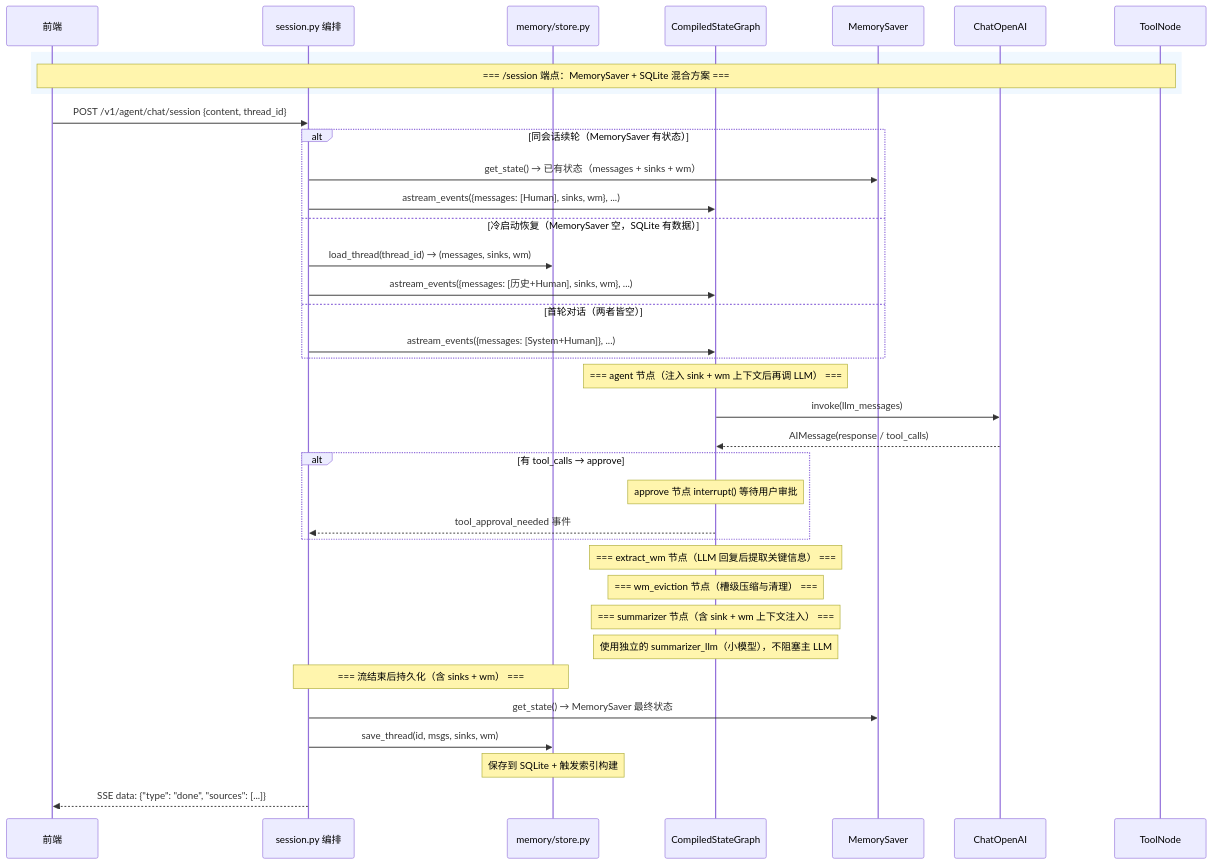
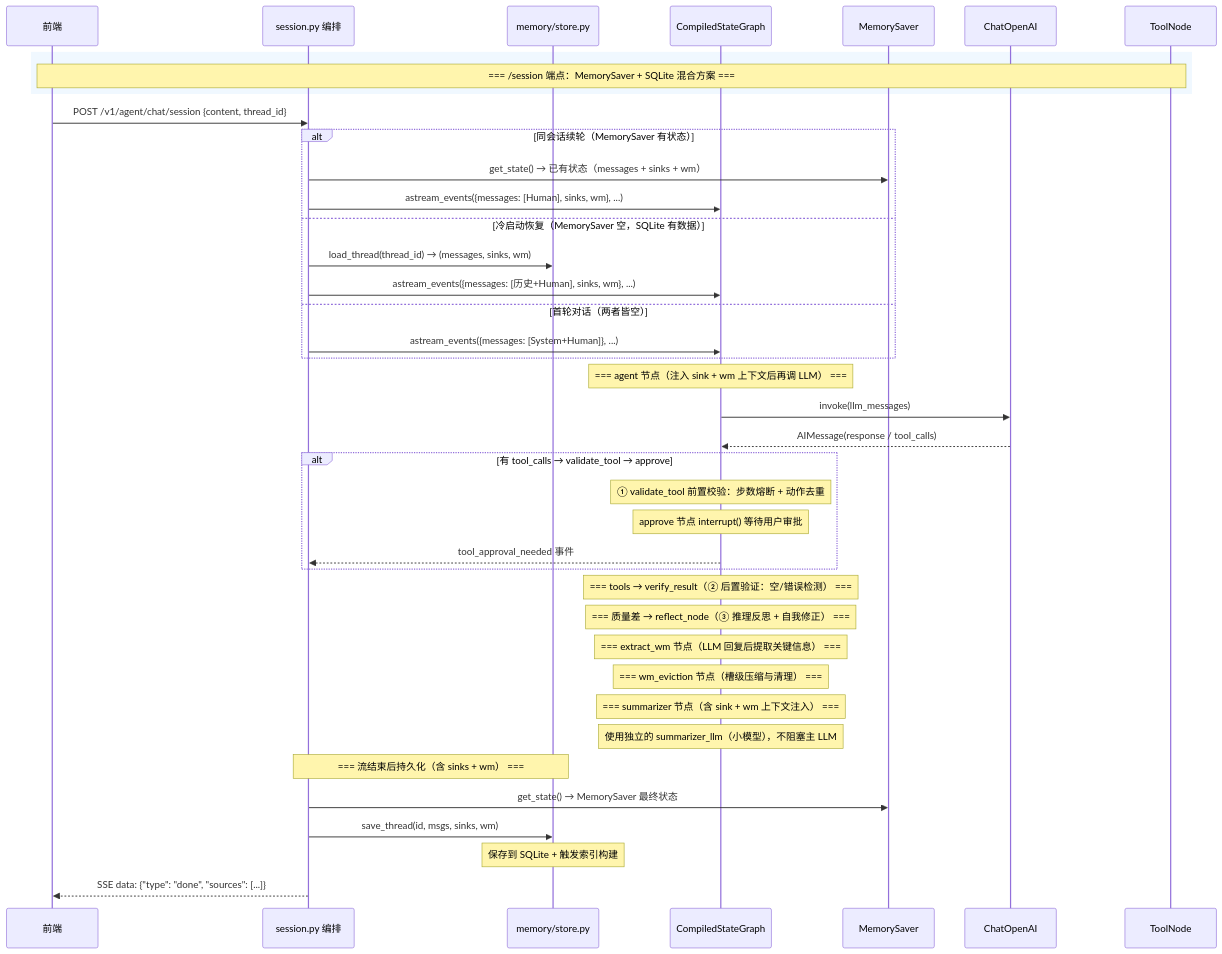
One commit to wuLa0702/llm_wiki_selfbuild changed the second of 8 diagrams in docs/agent-architecture-diagrams.md. Above: the diagram before and after it, drawn with Mermaid. The commit also changed other lines of this file, not shown here.

First line of the commit message:
docs(agent): 更新架构图至 v6 — 标记 Self-Correction 三层自修正为已完成

````diff
--- a/docs/agent-architecture-diagrams.md
+++ b/docs/agent-architecture-diagrams.md
@@ -66,47 +81,51 @@
 ```mermaid
 sequenceDiagram
     participant Client as 前端
     participant Route as session.py 编排
     participant Store as memory/store.py
     participant Graph as CompiledStateGraph
     participant Checkpoint as MemorySaver
     participant LLM as ChatOpenAI
     participant Tools as ToolNode
 
     rect rgb(240, 248, 255)
         Note over Client,Tools: === /session 端点：MemorySaver + SQLite 混合方案  ===
     end
 
     Client->>Route: POST /v1/agent/chat/session {content, thread_id}
 
     alt 同会话续轮（MemorySaver 有状态）
         Route->>Checkpoint: get_state() → 已有状态（messages + sinks + wm）
         Route->>Graph: astream_events({messages: [Human], sinks, wm}, ...)
     else 冷启动恢复（MemorySaver 空，SQLite 有数据）
         Route->>Store: load_thread(thread_id) → (messages, sinks, wm)
         Route->>Graph: astream_events({messages: [历史+Human], sinks, wm}, ...)
     else 首轮对话（两者皆空）
         Route->>Graph: astream_events({messages: [System+Human]}, ...)
     end
 
     Note over Graph: === agent 节点（注入 sink + wm 上下文后再调 LLM） ===
     Graph->>LLM: invoke(llm_messages)
     LLM-->>Graph: AIMessage(response / tool_calls)
 
-    alt 有 tool_calls → approve
+    alt 有 tool_calls → validate_tool → approve
+        Note over Graph: ① validate_tool 前置校验：步数熔断 + 动作去重
         Note over Graph: approve 节点 interrupt() 等待用户审批
         Graph-->>Route: tool_approval_needed 事件
     end
+
+    Note over Graph: === tools → verify_result（② 后置验证：空/错误检测） ===
+    Note over Graph: === 质量差 → reflect_node（③ 推理反思 + 自我修正） ===
 
     Note over Graph: === extract_wm 节点（LLM 回复后提取关键信息） ===
     Note over Graph: === wm_eviction 节点（槽级压缩与清理） ===
 
     Note over Graph: === summarizer 节点（含 sink + wm 上下文注入） ===
     Note over Graph: 使用独立的 summarizer_llm（小模型），不阻塞主 LLM
 
     Note over Route,Store: === 流结束后持久化（含 sinks + wm） ===
     Route->>Checkpoint: get_state() → MemorySaver 最终状态
     Route->>Store: save_thread(id, msgs, sinks, wm)
     Note over Store: 保存到 SQLite + 触发索引构建
     Route-->>Client: SSE data: {"type": "done", "sources": [...]}
 ```
````
